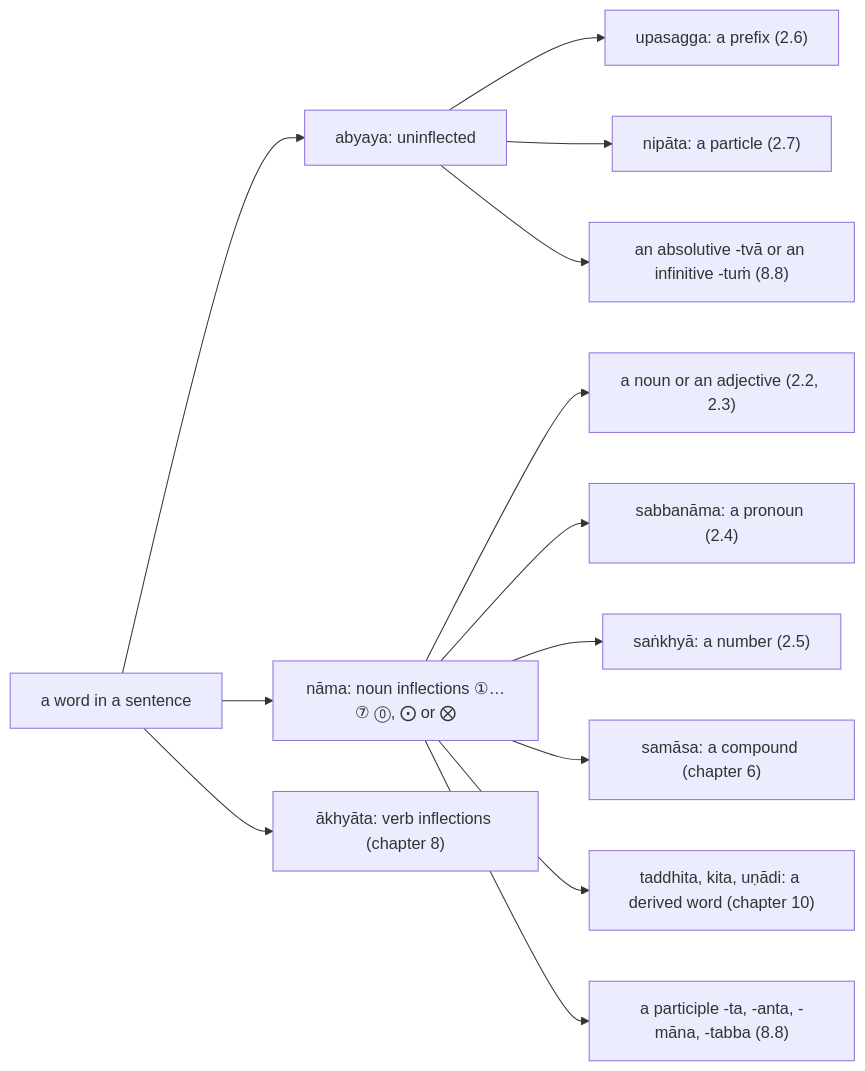
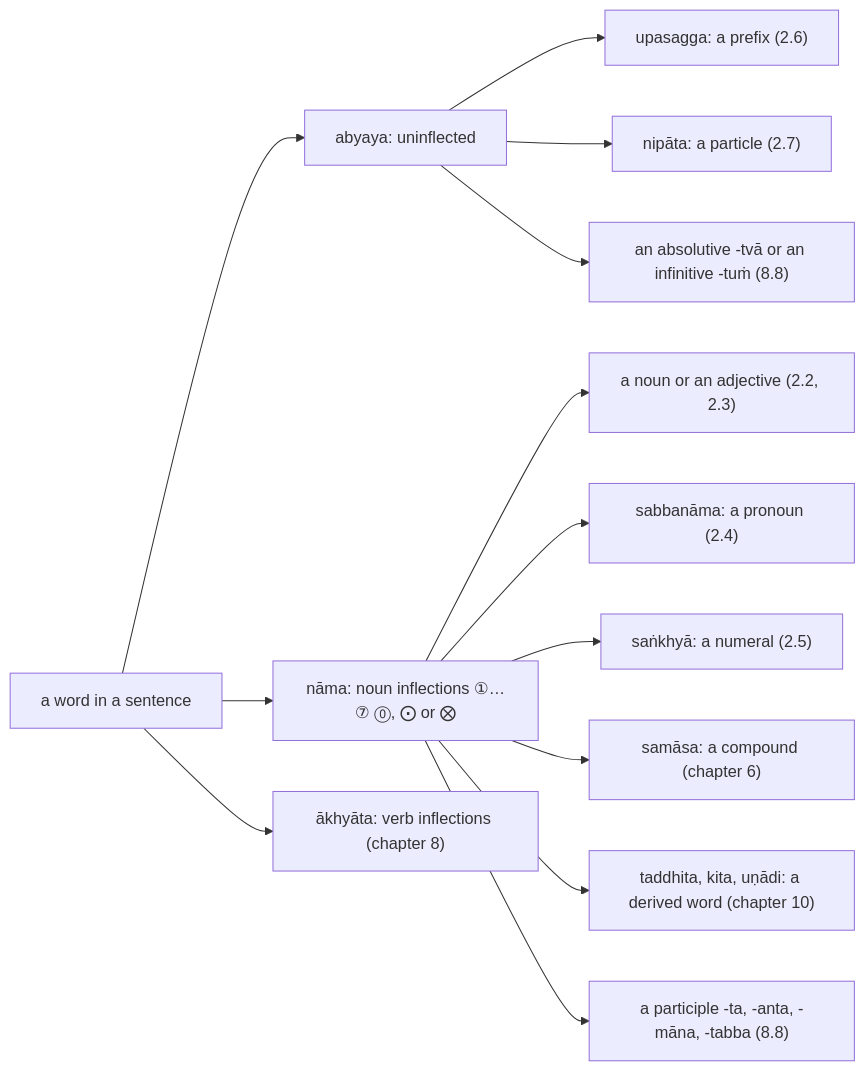
Before and after one commit to ChristineTham/buddhavacana: the first of 2 diagrams in src/content/docs/Pali Textbook/2-0-nama.md, drawn with Mermaid. The commit also changed other lines of this file and 48 other files, not shown here.

````diff
--- a/src/content/docs/Pali Textbook/2-0-nama.md
+++ b/src/content/docs/Pali Textbook/2-0-nama.md
@@ -35,15 +35,15 @@
 ```mermaid
 flowchart LR
   W["a word in a sentence"] --> A["abyaya: uninflected"]
   W --> N["nāma: noun inflections ①…⑦ ⓪, ⨀ or ⨂"]
   W --> V["ākhyāta: verb inflections (chapter 8)"]
   A --> A1["upasagga: a prefix (2.6)"]
   A --> A2["nipāta: a particle (2.7)"]
   A --> A3["an absolutive -tvā or an infinitive -tuṁ (8.8)"]
   N --> N1["a noun or an adjective (2.2, 2.3)"]
   N --> N2["sabbanāma: a pronoun (2.4)"]
-  N --> N3["saṅkhyā: a number (2.5)"]
+  N --> N3["saṅkhyā: a numeral (2.5)"]
   N --> N4["samāsa: a compound (chapter 6)"]
   N --> N5["taddhita, kita, uṇādi: a derived word (chapter 10)"]
   N --> N6["a participle -ta, -anta, -māna, -tabba (8.8)"]
 ```
````
